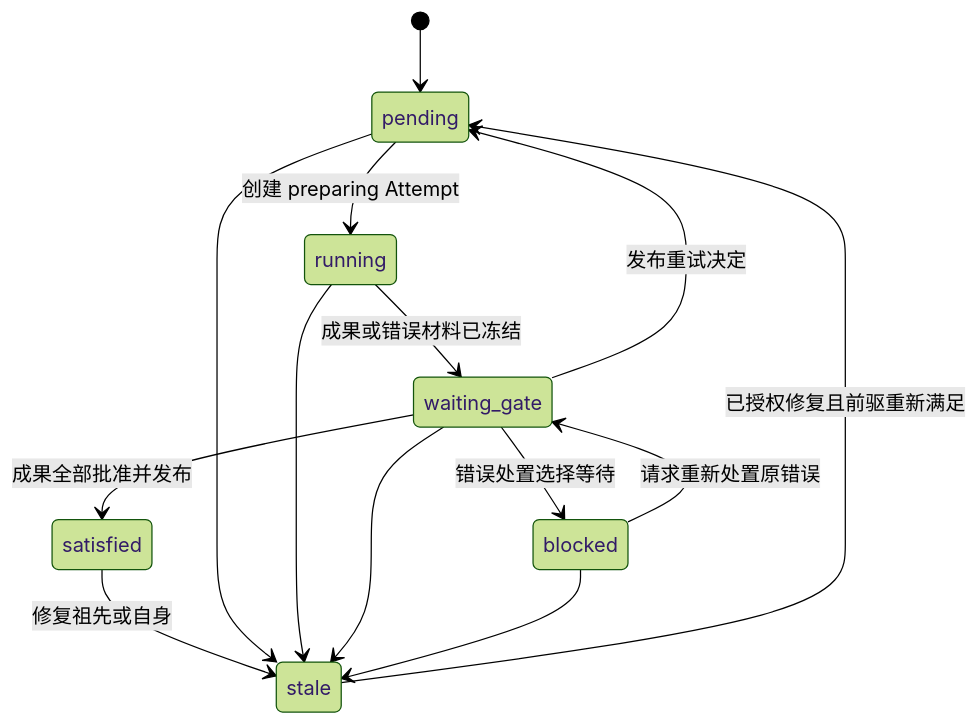
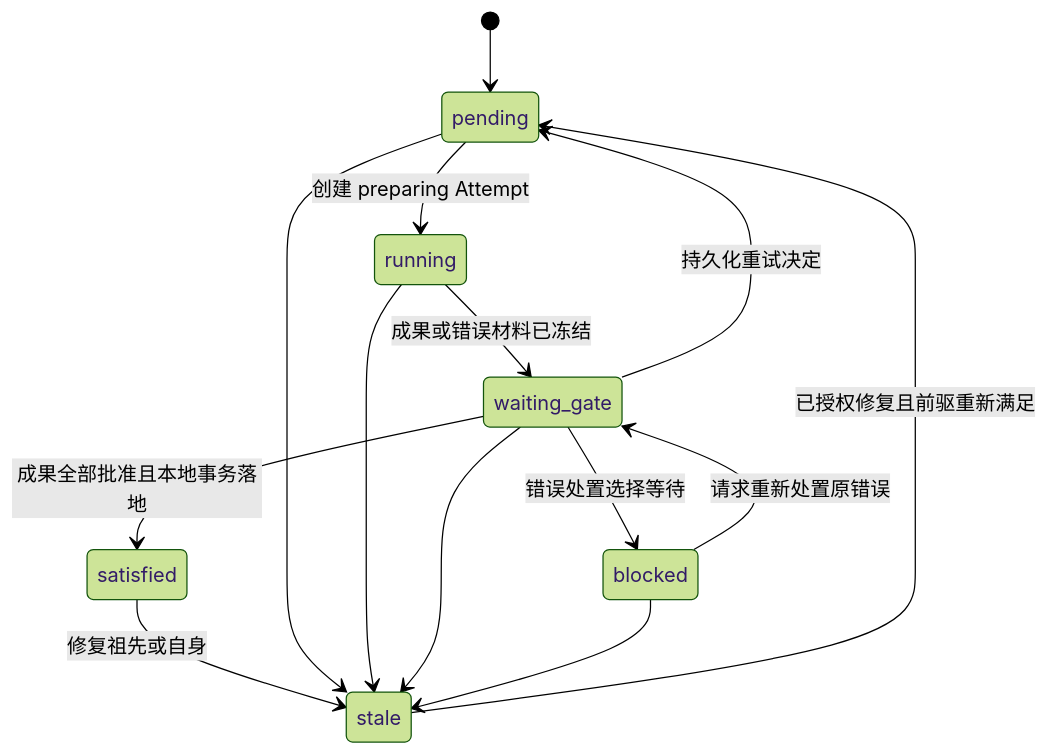
One commit to LingMessy/facetloom changed the third of 4 diagrams in design/02-requirement.md. Above: the diagram before and after it, drawn with Mermaid (forest theme). The commit also changed other lines of this file and 10 other files, not shown here.

````diff
--- a/design/02-requirement.md
+++ b/design/02-requirement.md
@@ -229,16 +244,16 @@
 ```mermaid
 stateDiagram-v2
     [*] --> pending
     pending --> running: 创建 preparing Attempt
     running --> waiting_gate: 成果或错误材料已冻结
-    waiting_gate --> satisfied: 成果全部批准并发布
-    waiting_gate --> pending: 发布重试决定
+    waiting_gate --> satisfied: 成果全部批准且本地事务落地
+    waiting_gate --> pending: 持久化重试决定
     waiting_gate --> blocked: 错误处置选择等待
     blocked --> waiting_gate: 请求重新处置原错误
     satisfied --> stale: 修复祖先或自身
     pending --> stale
     running --> stale
     waiting_gate --> stale
     blocked --> stale
     stale --> pending: 已授权修复且前驱重新满足
 ```
````
